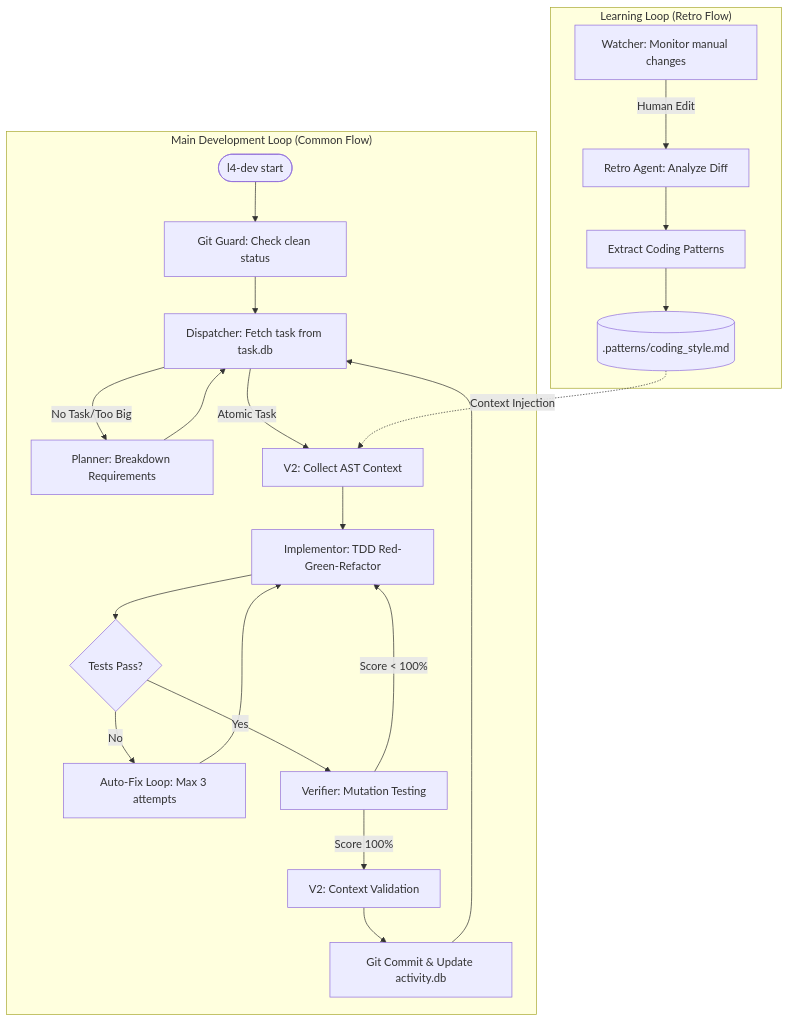
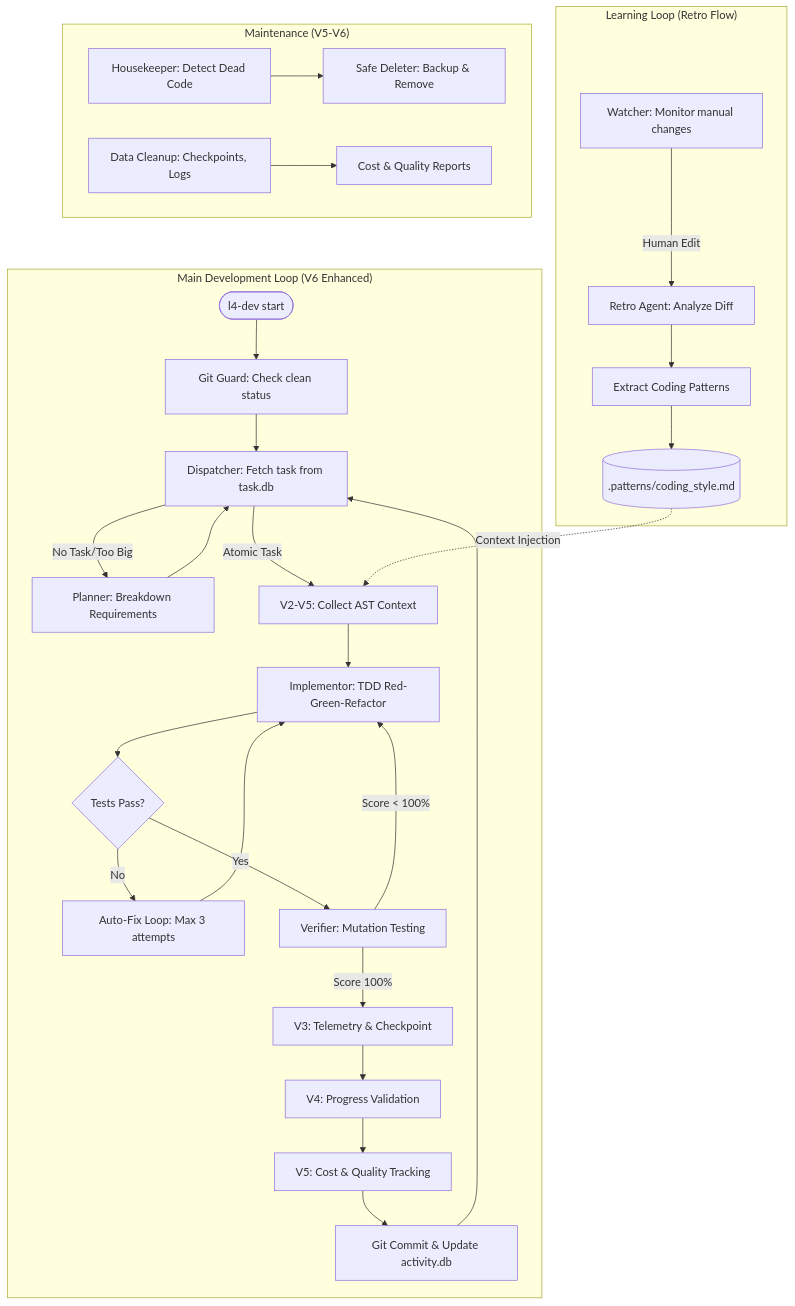
Before and after one commit to nekroo-alt/growmind: the diagram in README.md, drawn with Mermaid. The commit also changed other lines of this file and 1 other file, not shown here.

Commit message:
Update README to V6.0, complete Task 6.1 documentation updates

````diff
--- a/README.md
+++ b/README.md
@@ -31,26 +67,33 @@
 ```mermaid
 flowchart TD
-    subgraph "Main Development Loop (Common Flow)"
+    subgraph "Main Development Loop (V6 Enhanced)"
         START([l4-dev start]) --> GIT[Git Guard: Check clean status]
         GIT --> FETCH[Dispatcher: Fetch task from task.db]
         FETCH -->|No Task/Too Big| PLAN[Planner: Breakdown Requirements]
         PLAN --> FETCH
-        FETCH -->|Atomic Task| CONTEXT[V2: Collect AST Context]
+        FETCH -->|Atomic Task| CONTEXT[V2-V5: Collect AST Context]
         CONTEXT --> TDD[Implementor: TDD Red-Green-Refactor]
         TDD --> FIX{Tests Pass?}
         FIX -->|No| AUTOFIX[Auto-Fix Loop: Max 3 attempts]
         AUTOFIX --> TDD
         FIX -->|Yes| MUTE[Verifier: Mutation Testing]
         MUTE -->|Score < 100%| TDD
-        MUTE -->|Score 100%| V2_VERIFY[V2: Context Validation]
-        V2_VERIFY --> COMMIT[Git Commit & Update activity.db]
+        MUTE -->|Score 100%| V3_VERIFY[V3: Telemetry & Checkpoint]
+        V3_VERIFY --> V4_VALIDATE[V4: Progress Validation]
+        V4_VALIDATE --> V5_OPT[V5: Cost & Quality Tracking]
+        V5_OPT --> COMMIT[Git Commit & Update activity.db]
         COMMIT --> FETCH
     end
 
     subgraph "Learning Loop (Retro Flow)"
         WATCH[Watcher: Monitor manual changes] -->|Human Edit| RETRO[Retro Agent: Analyze Diff]
         RETRO --> LEARN[Extract Coding Patterns]
         LEARN --> PATTERNS[(.patterns/coding_style.md)]
         PATTERNS -.->|Context Injection| CONTEXT
     end
+
+    subgraph "Maintenance (V5-V6)"
+        HOUSEKEEP[Housekeeper: Detect Dead Code] --> SAFE[Safe Deleter: Backup & Remove]
+        CLEANUP[Data Cleanup: Checkpoints, Logs] --> REPORT[Cost & Quality Reports]
+    end
 ```
````
